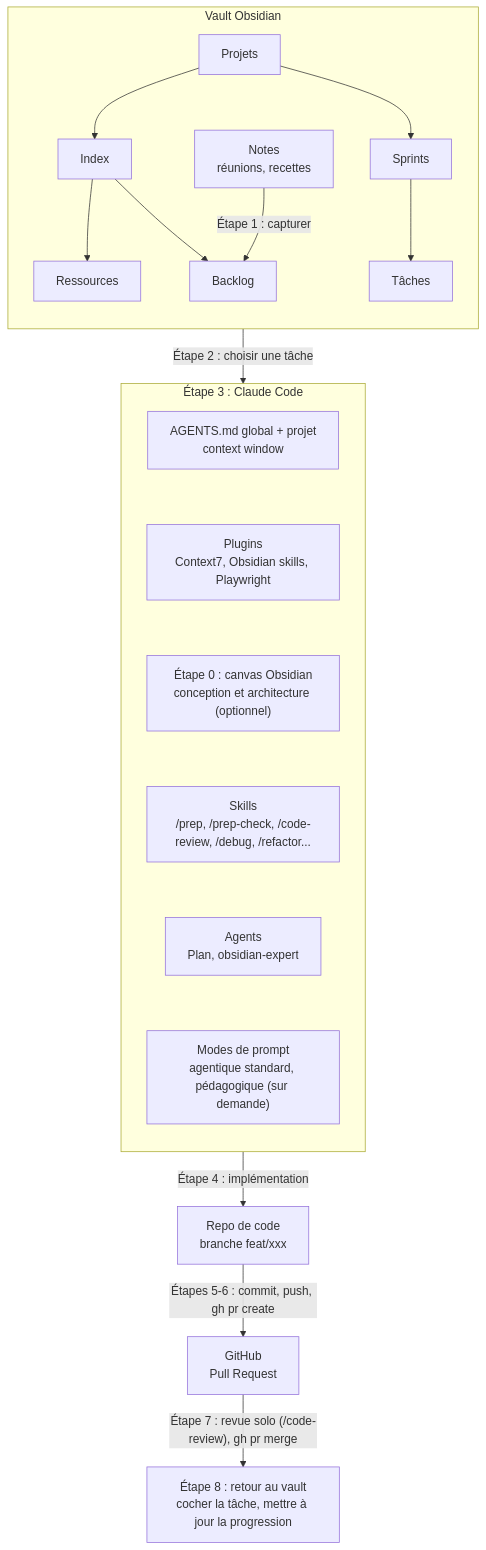
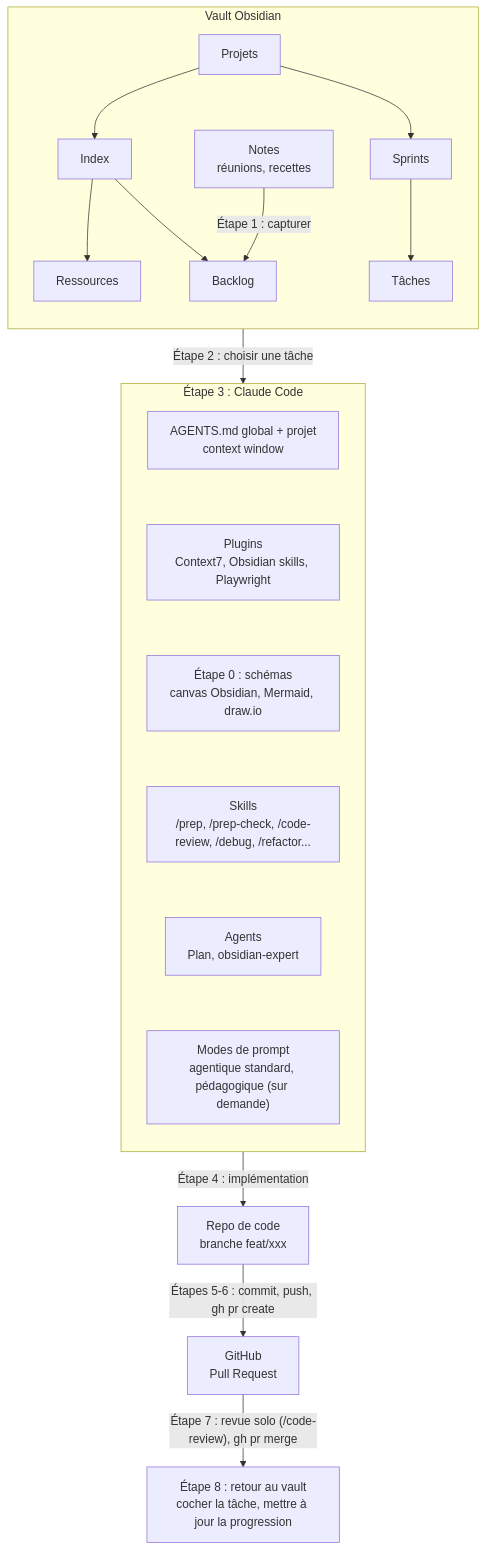
The diagram in WORKFLOW.md (JulienLach/agentic-workflow-files), drawn with Mermaid before and after one commit. The commit also changed other lines of this file, not shown here.

First line of the commit message:
docs(workflow): make diagrams part of the design step

````diff
--- a/WORKFLOW.md
+++ b/WORKFLOW.md
@@ -11,41 +11,41 @@
 ```mermaid
 flowchart TD
     subgraph VAULT["Vault Obsidian"]
         direction TB
         NOTES["Notes<br/>réunions, recettes"]
         PROJETS["Projets"]
         INDEX["Index"]
         RESSOURCES["Ressources"]
         BACKLOG["Backlog"]
         SPRINTS["Sprints"]
         TACHES["Tâches"]
 
         PROJETS --> INDEX
         INDEX --> RESSOURCES
         INDEX --> BACKLOG
         NOTES -->|"Étape 1 : capturer"| BACKLOG
         PROJETS --> SPRINTS
         SPRINTS --> TACHES
     end
 
     subgraph HUB["Étape 3 : Claude Code"]
         direction TB
         CONTEXTE["AGENTS.md global + projet<br/>context window"]
         PLUGINS["Plugins<br/>Context7, Obsidian skills, Playwright"]
-        CANVAS["Étape 0 : canvas Obsidian<br/>conception et architecture (optionnel)"]
+        CANVAS["Étape 0 : schémas<br/>canvas Obsidian, Mermaid, draw.io"]
         SKILLS["Skills<br/>/prep, /prep-check, /code-review, /debug, /refactor..."]
         SUBAGENTS["Agents<br/>Plan, obsidian-expert"]
         MODES["Modes de prompt<br/>agentique standard, pédagogique (sur demande)"]
 
         CONTEXTE ~~~ PLUGINS ~~~ CANVAS ~~~ SKILLS ~~~ SUBAGENTS ~~~ MODES
     end
 
     REPO["Repo de code<br/>branche feat/xxx"]
     GITHUB["GitHub<br/>Pull Request"]
     SUIVI["Étape 8 : retour au vault<br/>cocher la tâche, mettre à jour la progression"]
 
     TACHES -->|"Étape 2 : choisir une tâche"| HUB
     HUB -->|"Étape 4 : implémentation"| REPO
     REPO -->|"Étapes 5-6 : commit, push, gh pr create"| GITHUB
     GITHUB -->|"Étape 7 : revue solo (/code-review), gh pr merge"| SUIVI
 ```
````
